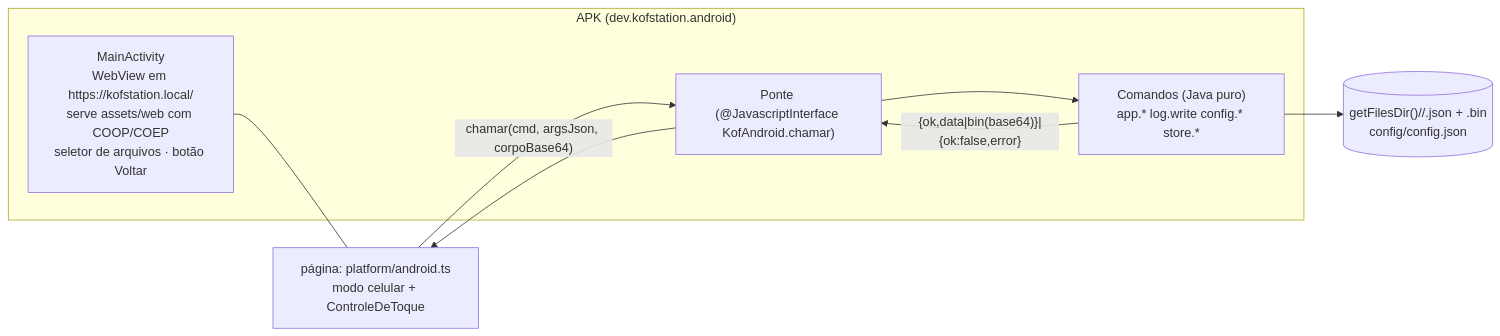
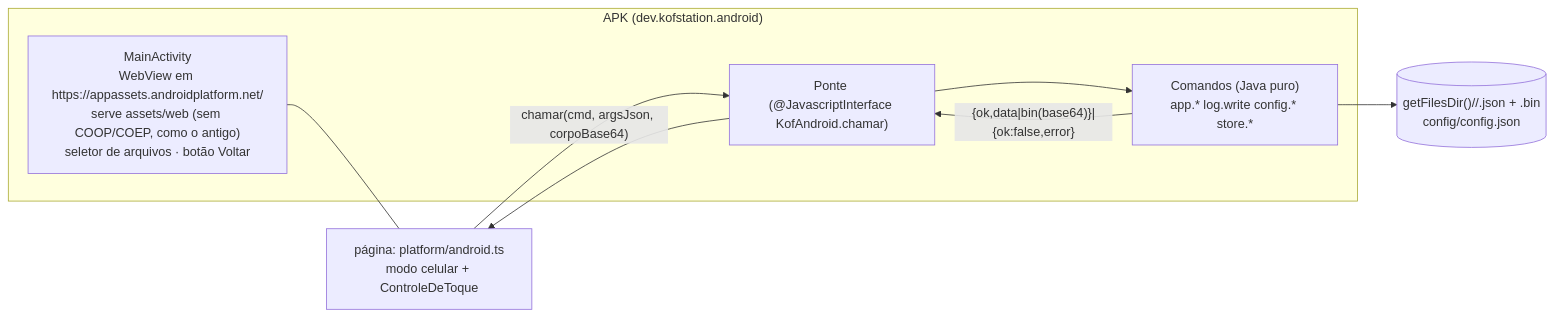
One commit to Marcelao98/KOFstation changed the diagram in docs/ANDROID.md. Above: the diagram before and after it, drawn with Mermaid. The commit also changed other lines of this file and 5 other files, not shown here.

First line of the commit message:
PS1/N64 no APK idênticos ao antigo: a página não desenha por baixo do nativo e a casca serve sem COOP/COEP

````diff
--- a/docs/ANDROID.md
+++ b/docs/ANDROID.md
@@ -7,13 +7,13 @@
 ```mermaid
 flowchart LR
   subgraph APK["APK (dev.kofstation.android)"]
-    MA["MainActivity<br/>WebView em https://kofstation.local/<br/>serve assets/web com COOP/COEP<br/>seletor de arquivos · botão Voltar"]
+    MA["MainActivity<br/>WebView em https://appassets.androidplatform.net/<br/>serve assets/web (sem COOP/COEP, como o antigo)<br/>seletor de arquivos · botão Voltar"]
     PO["Ponte (@JavascriptInterface KofAndroid.chamar)"]
     CO["Comandos (Java puro)<br/>app.* log.write config.* store.*"]
   end
   PG["página: platform/android.ts<br/>modo celular + ControleDeToque"]
   PG -->|"chamar(cmd, argsJson, corpoBase64)"| PO --> CO
   CO -->|"{ok,data|bin(base64)}|{ok:false,error}"| PO --> PG
   MA --- PG
   CO --> DD[("getFilesDir()/<loja>/<chave>.json + .bin<br/>config/config.json")]
 ```
````
